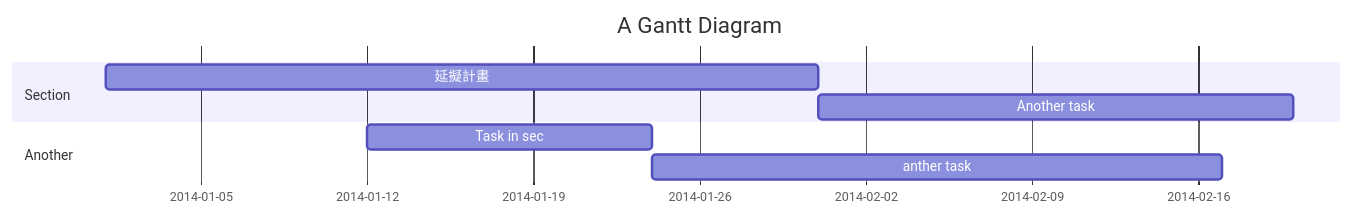
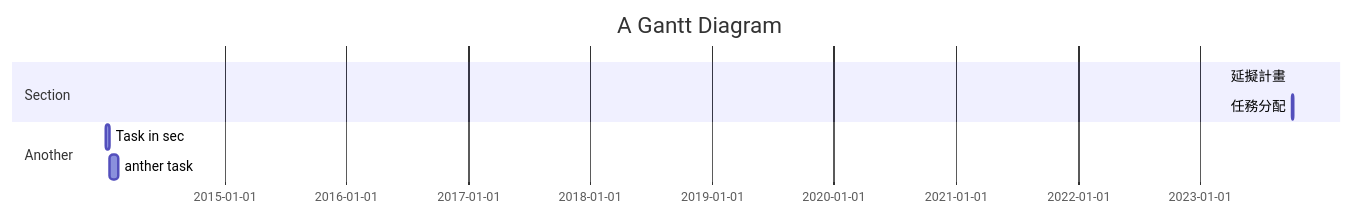
One commit to xinyi1201/hw2.md changed the diagram in README.md. Above: the diagram before and after it, drawn with Mermaid.

````diff
--- a/README.md
+++ b/README.md
@@ -8,11 +8,11 @@
 ```mermaid
 gantt
     title A Gantt Diagram
 
     section Section
-    延擬計畫          :a1, 2014-01-01, 30d
-    Another task     :after a1  , 20d
+    延擬計畫          :a1, 2023-10-03, 1d
+    任務分配     :after a1  , 4d
     section Another
     Task in sec      :2014-01-12  , 12d
     anther task      : 24d
 ```
````
